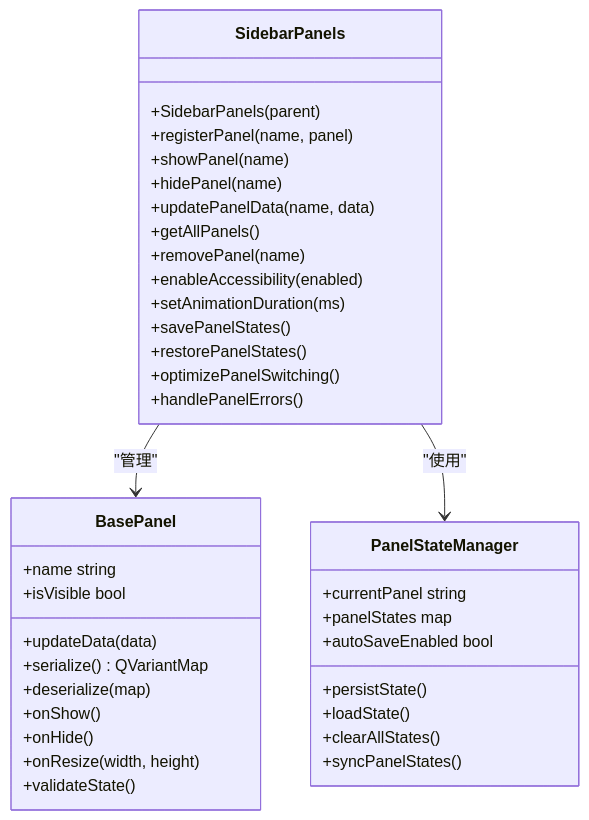
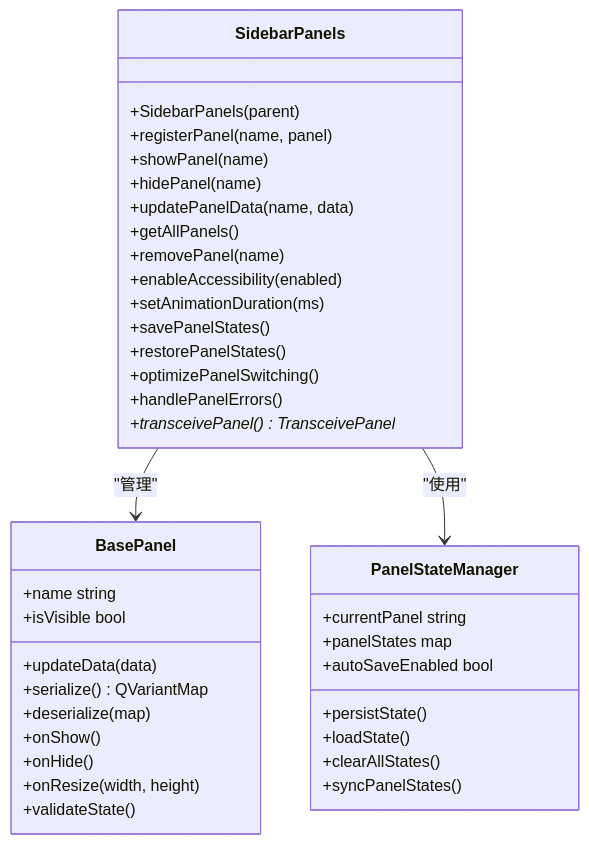
Diagram 15 of 28 in .qoder/repowiki/zh/content/架构设计/UI系统设计/UI系统设计.md (jakecai1225-design/OpenBus), drawn with Mermaid before and after one commit. The commit also changed other lines of this file and 38 other files, not shown here.

````diff
--- a/.qoder/repowiki/zh/content/架构设计/UI系统设计/UI系统设计.md
+++ b/.qoder/repowiki/zh/content/架构设计/UI系统设计/UI系统设计.md
@@ -1053,40 +1180,41 @@
 ```mermaid
 classDiagram
 class SidebarPanels {
 +SidebarPanels(parent)
 +registerPanel(name, panel)
 +showPanel(name)
 +hidePanel(name)
 +updatePanelData(name, data)
 +getAllPanels()
 +removePanel(name)
 +enableAccessibility(enabled)
 +setAnimationDuration(ms)
 +savePanelStates()
 +restorePanelStates()
 +optimizePanelSwitching()
 +handlePanelErrors()
++transceivePanel() TransceivePanel*
 }
 class BasePanel {
 +name string
 +isVisible bool
 +updateData(data)
 +serialize() QVariantMap
 +deserialize(map)
 +onShow()
 +onHide()
 +onResize(width, height)
 +validateState()
 }
 class PanelStateManager {
 +currentPanel string
 +panelStates map
 +autoSaveEnabled bool
 +persistState()
 +loadState()
 +clearAllStates()
 +syncPanelStates()
 }
 SidebarPanels --> BasePanel : "管理"
 SidebarPanels --> PanelStateManager : "使用"
 ```
````
